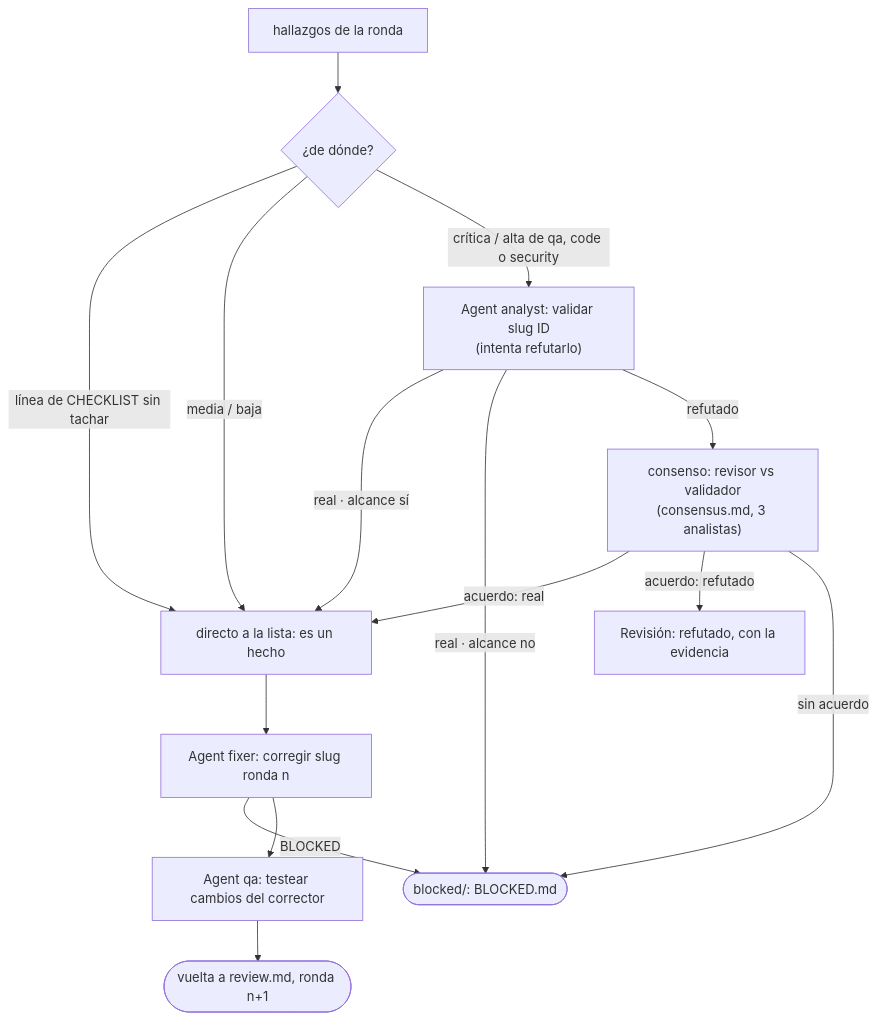
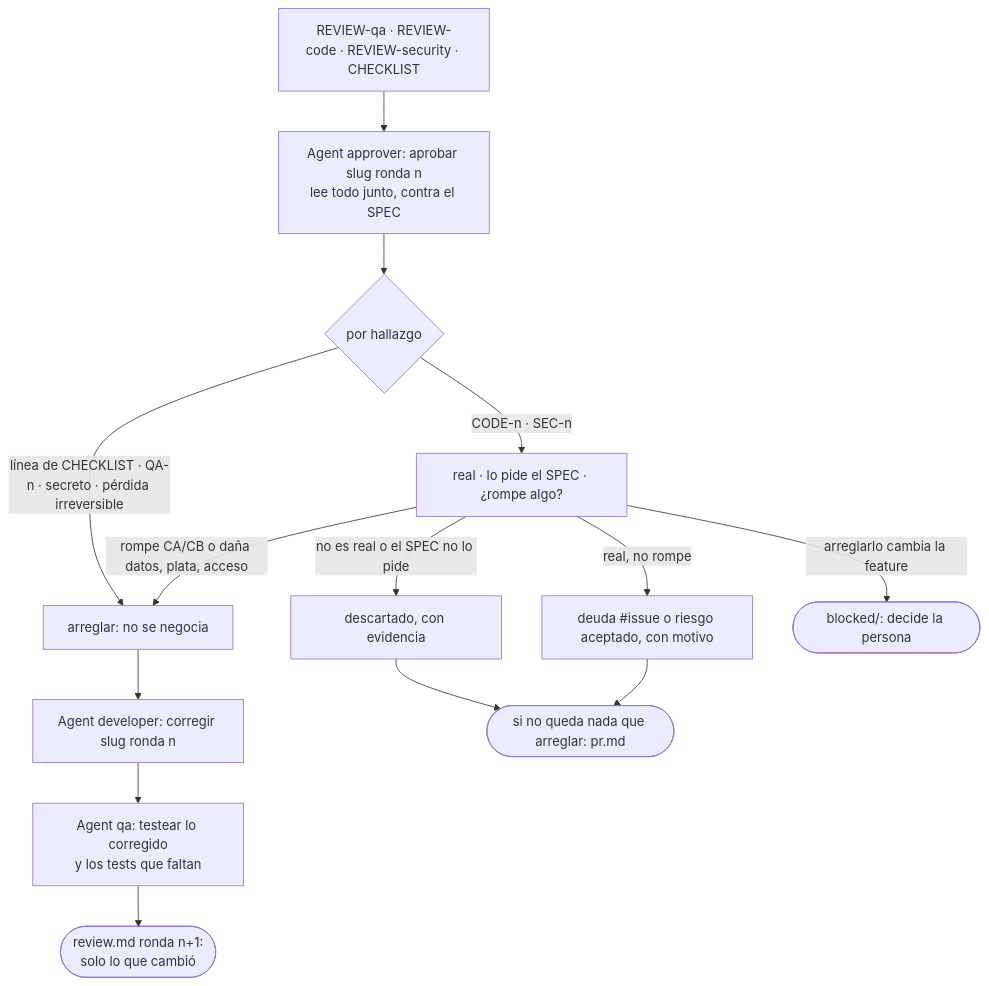
One commit to octavio-parozlabs/mindstack changed the diagram in skills/workflow/references/fix.md. Above: the diagram before and after it, drawn with Mermaid. The commit also changed other lines of this file and 52 other files, not shown here.

````diff
--- a/skills/workflow/references/fix.md
+++ b/skills/workflow/references/fix.md
@@ -5,17 +5,13 @@
 ```mermaid
 flowchart TD
-    H["hallazgos de la ronda"] --> T{¿de dónde?}
-    T -- "línea de CHECKLIST sin tachar" --> L[directo a la lista: es un hecho]
-    T -- "media / baja" --> L
-    T -- "crítica / alta de qa, code o security" --> V["Agent analyst: validar slug ID<br/>(intenta refutarlo)"]
-    V -- "real · alcance sí" --> L
-    V -- "real · alcance no" --> BL
-    V -- refutado --> C["consenso: revisor vs validador<br/>(consensus.md, 3 analistas)"]
-    C -- "acuerdo: real" --> L
-    C -- "acuerdo: refutado" --> R["Revisión: refutado, con la evidencia"]
-    C -- sin acuerdo --> BL([blocked/: BLOCKED.md])
-    L --> F["Agent fixer: corregir slug ronda n"]
-    F -- BLOCKED --> BL
-    F --> Q["Agent qa: testear cambios del corrector"]
-    Q --> RV([vuelta a review.md, ronda n+1])
+    H["REVIEW-qa · REVIEW-code · REVIEW-security · CHECKLIST"] --> A["Agent approver: aprobar slug ronda n<br/>lee todo junto, contra el SPEC"]
+    A --> D{"por hallazgo"}
+    D -- "línea de CHECKLIST · QA-n · secreto · pérdida irreversible" --> FX[arreglar: no se negocia]
+    D -- "CODE-n · SEC-n" --> J["real · lo pide el SPEC · ¿rompe algo?"]
+    J -- "rompe CA/CB o daña datos, plata, acceso" --> FX
+    J -- "no es real o el SPEC no lo pide" --> DS[descartado, con evidencia]
+    J -- "real, no rompe" --> DR["deuda #issue o riesgo aceptado, con motivo"]
+    J -- "arreglarlo cambia la feature" --> BL([blocked/: decide la persona])
+    FX --> DEV["Agent developer: corregir slug ronda n"] --> Q["Agent qa: testear lo corregido<br/>y los tests que faltan"] --> R(["review.md ronda n+1:<br/>solo lo que cambió"])
+    DS & DR --> PR([si no queda nada que arreglar: pr.md])
 ```
````
